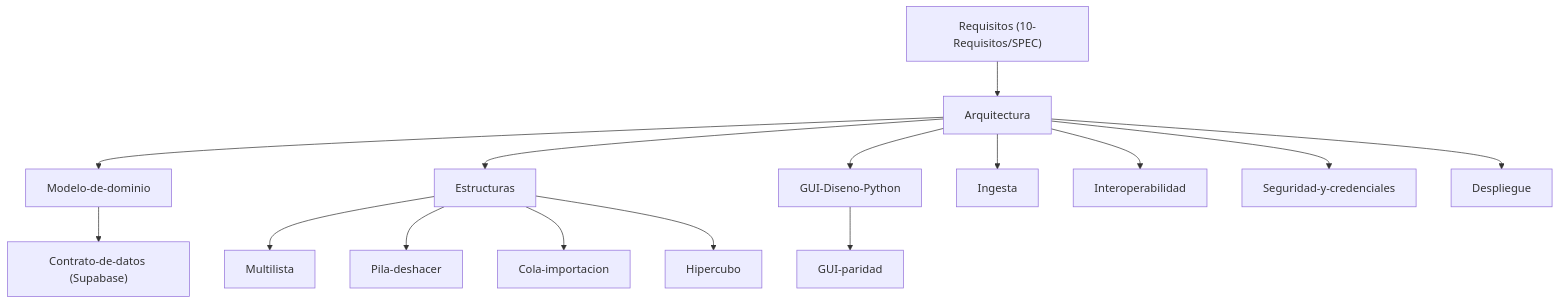
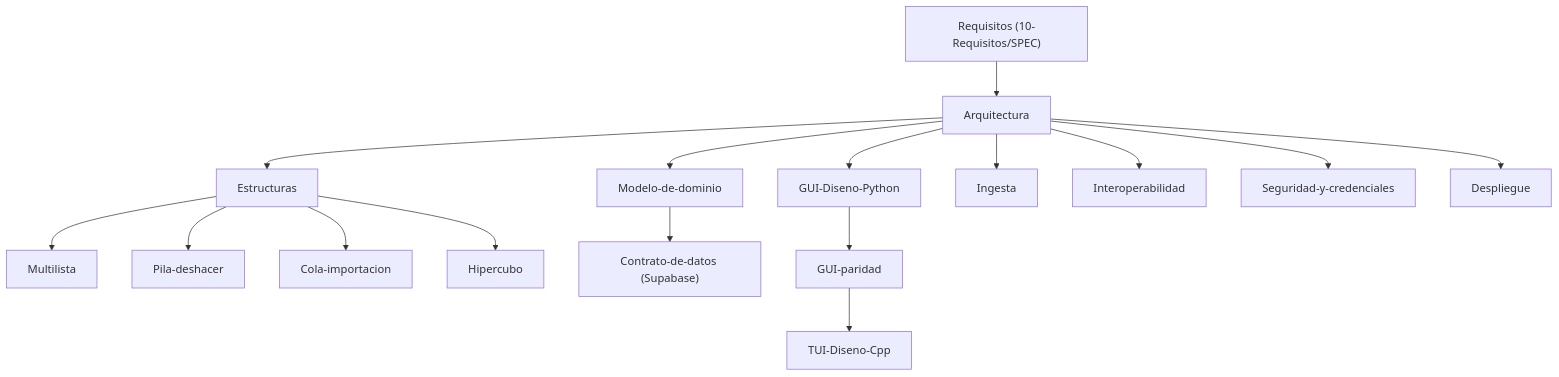
One commit to fran3004/PEAi-Taller2 changed the diagram in brain/20-Diseno/_Indice.md. Above: the diagram before and after it, drawn with Mermaid. The commit also changed other lines of this file and 35 other files, not shown here.

````diff
--- a/brain/20-Diseno/_Indice.md
+++ b/brain/20-Diseno/_Indice.md
@@ -57,17 +59,18 @@
 ```mermaid
 graph TD
     SPEC["Requisitos (10-Requisitos/SPEC)"] --> Arq["Arquitectura"]
     Arq --> Dominio["Modelo-de-dominio"]
     Arq --> Estructuras["Estructuras"]
     Estructuras --> Multi["Multilista"]
     Estructuras --> Pila["Pila-deshacer"]
     Estructuras --> Cola["Cola-importacion"]
     Estructuras --> Cubo["Hipercubo"]
     Dominio --> Contrato["Contrato-de-datos (Supabase)"]
     Arq --> GUIPy["GUI-Diseno-Python"]
     GUIPy --> GUI["GUI-paridad"]
+    GUI --> TUI["TUI-Diseno-Cpp"]
     Arq --> Ingesta["Ingesta"]
     Arq --> Interop["Interoperabilidad"]
     Arq --> Seg["Seguridad-y-credenciales"]
     Arq --> Desp["Despliegue"]
 ```
````
